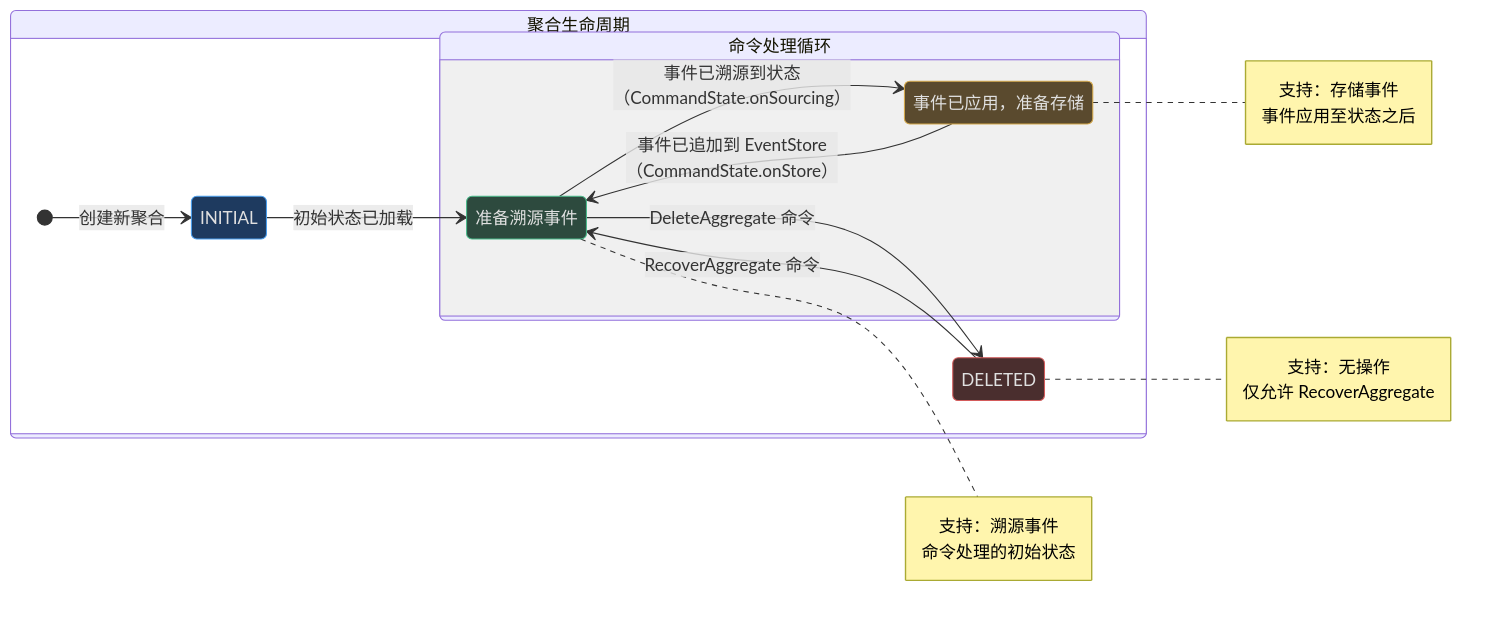
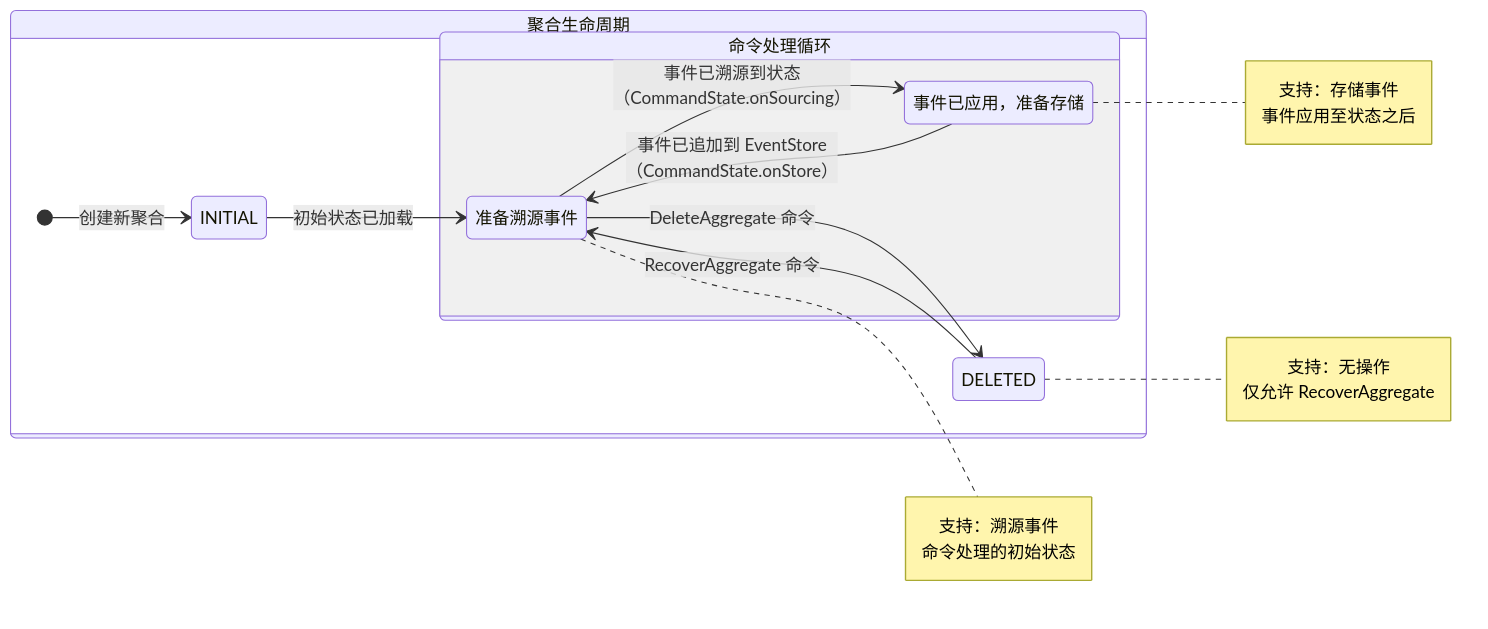
Before and after one commit to Ahoo-Wang/Wow: the fourth of 6 diagrams in documentation/docs/zh/guide/advanced/architecture.md, drawn with Mermaid. The commit also changed other lines of this file and 32 other files, not shown here.

Commit message:
docs: remove unsupported style/classDef directives from stateDiagram-v2 Mermaid blocks

````diff
--- a/documentation/docs/zh/guide/advanced/architecture.md
+++ b/documentation/docs/zh/guide/advanced/architecture.md
@@ -243,38 +237,34 @@
 ```mermaid
 stateDiagram-v2
     direction LR
 
     state "聚合生命周期" as Lifecycle {
         [*] --> INITIAL : 创建新聚合
         INITIAL --> STORED : 初始状态已加载
         STORED --> SOURCED : 事件已溯源到状态<br>（CommandState.onSourcing）
         SOURCED --> STORED : 事件已追加到 EventStore<br>（CommandState.onStore）
         STORED --> DELETED : DeleteAggregate 命令
         DELETED --> STORED : RecoverAggregate 命令
 
         state "命令处理循环" as Cycle {
             STORED : 准备溯源事件
             SOURCED : 事件已应用，准备存储
         }
     }
 
     note right of STORED
         支持：溯源事件
         命令处理的初始状态
     end note
 
     note right of SOURCED
         支持：存储事件
         事件应用至状态之后
     end note
 
     note right of DELETED
         支持：无操作
         仅允许 RecoverAggregate
     end note
 
-    style INITIAL fill:#1e3a5f,stroke:#4a9eed,color:#e0e0e0
-    style STORED fill:#2d4a3e,stroke:#4aba8a,color:#e0e0e0
-    style SOURCED fill:#5a4a2e,stroke:#d4a84b,color:#e0e0e0
-    style DELETED fill:#4a2e2e,stroke:#d45b5b,color:#e0e0e0
 ```
````
